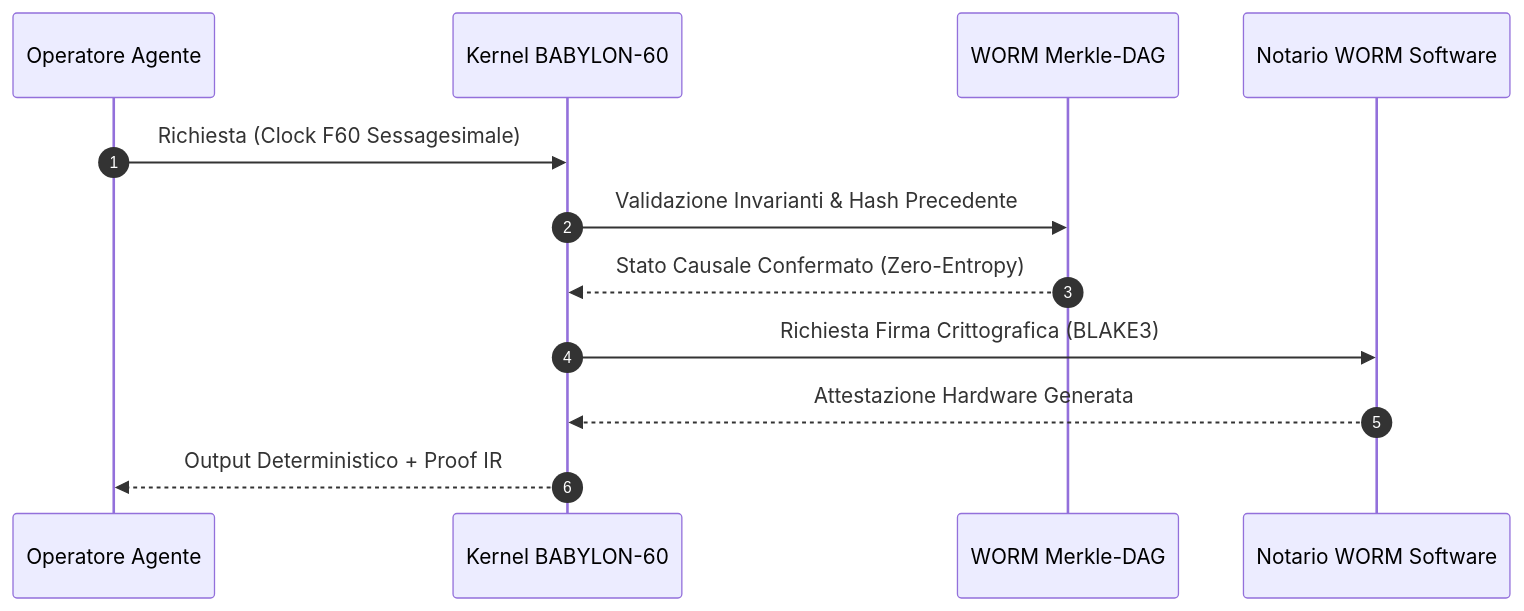
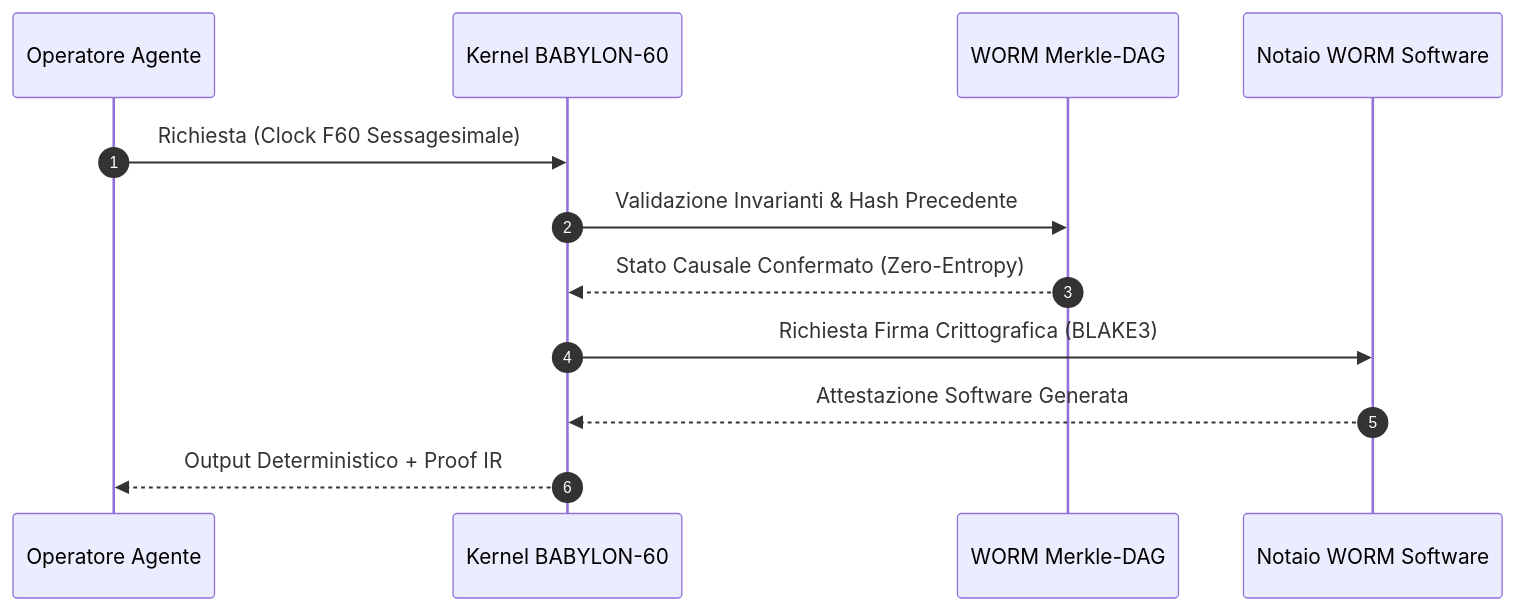
One commit to borjamoskv/BABYLON-60 changed the first of 2 diagrams in docs/audits/certificates/COMPLIANCE_CERTIFICATE_IT.md. Above: the diagram before and after it, drawn with Mermaid. The commit also changed other lines of this file, not shown here.

Commit message:
docs(audits): epistemic purge — relabel TPM/enclave claims as software WORM + roadmap (COMPLIANCE_CERTIFICATE_IT.md)

````diff
--- a/docs/audits/certificates/COMPLIANCE_CERTIFICATE_IT.md
+++ b/docs/audits/certificates/COMPLIANCE_CERTIFICATE_IT.md
@@ -34,15 +34,15 @@
 ```mermaid
 sequenceDiagram
     autonumber
     participant OP as Operatore Agente
     participant B60 as Kernel BABYLON-60
     participant DAG as WORM Merkle-DAG
-    participant TPM as Notario WORM Software
+    participant TPM as Notaio WORM Software
     
     OP->>B60: Richiesta (Clock F60 Sessagesimale)
     B60->>DAG: Validazione Invarianti & Hash Precedente
     DAG-->>B60: Stato Causale Confermato (Zero-Entropy)
     B60->>TPM: Richiesta Firma Crittografica (BLAKE3)
-    TPM-->>B60: Attestazione Hardware Generata
+    TPM-->>B60: Attestazione Software Generata
     B60-->>OP: Output Deterministico + Proof IR
 ```
````
